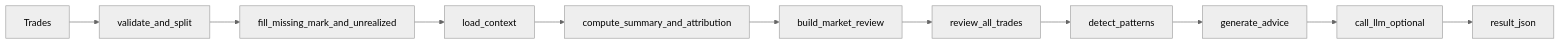
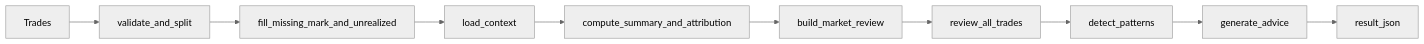
Before and after one commit to quantskills/skill-trade-review: the diagram in skill-trade-review/SKILL.md, drawn with Mermaid (neutral theme). The commit also changed other lines of this file and 5 other files, not shown here.

````diff
--- a/skill-trade-review/SKILL.md
+++ b/skill-trade-review/SKILL.md
@@ -123,13 +124,12 @@
 ```mermaid
 flowchart LR
     A["Trades"] --> B["validate_and_split"]
     B --> C["fill_missing_mark_and_unrealized"]
     C --> D["load_context"]
     D --> E["compute_summary_and_attribution"]
     E --> F["build_market_review"]
     F --> G["review_all_trades"]
     G --> H["detect_patterns"]
     H --> I["generate_advice"]
-    I --> J["call_llm_optional"]
-    J --> K["result_json"]
+    I --> J["result_json"]
 ```
````
